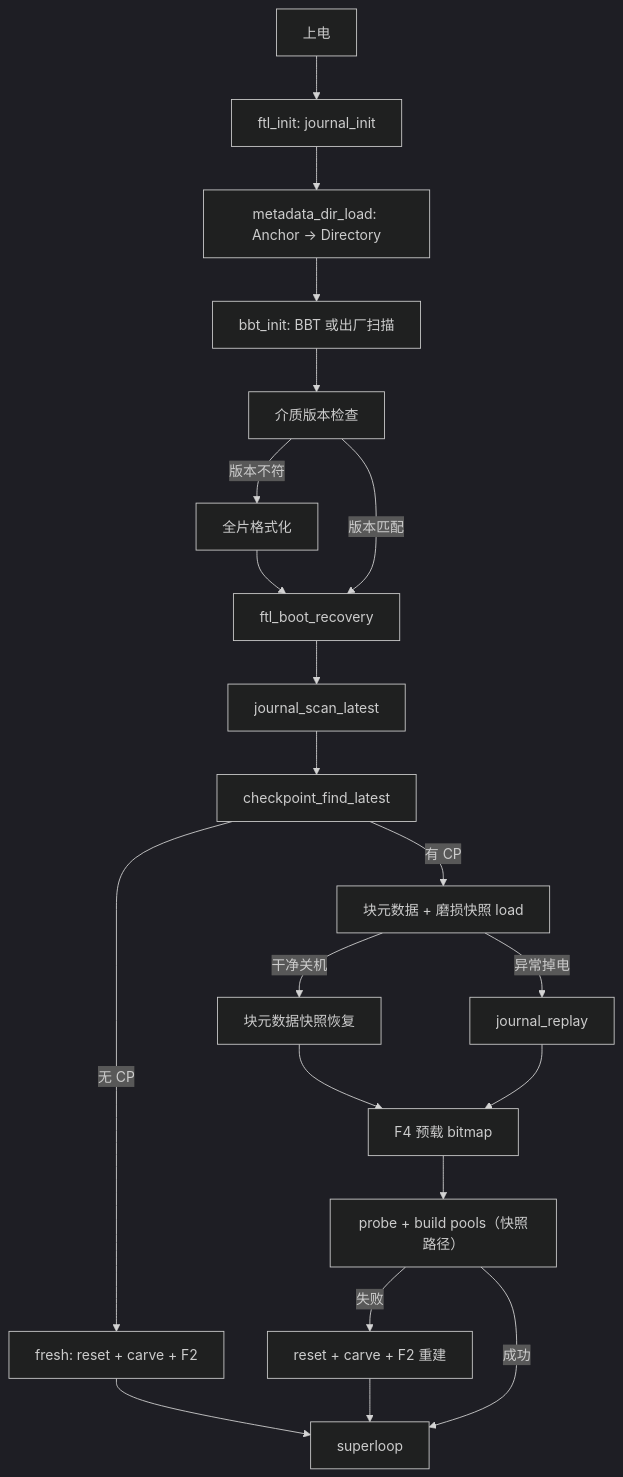
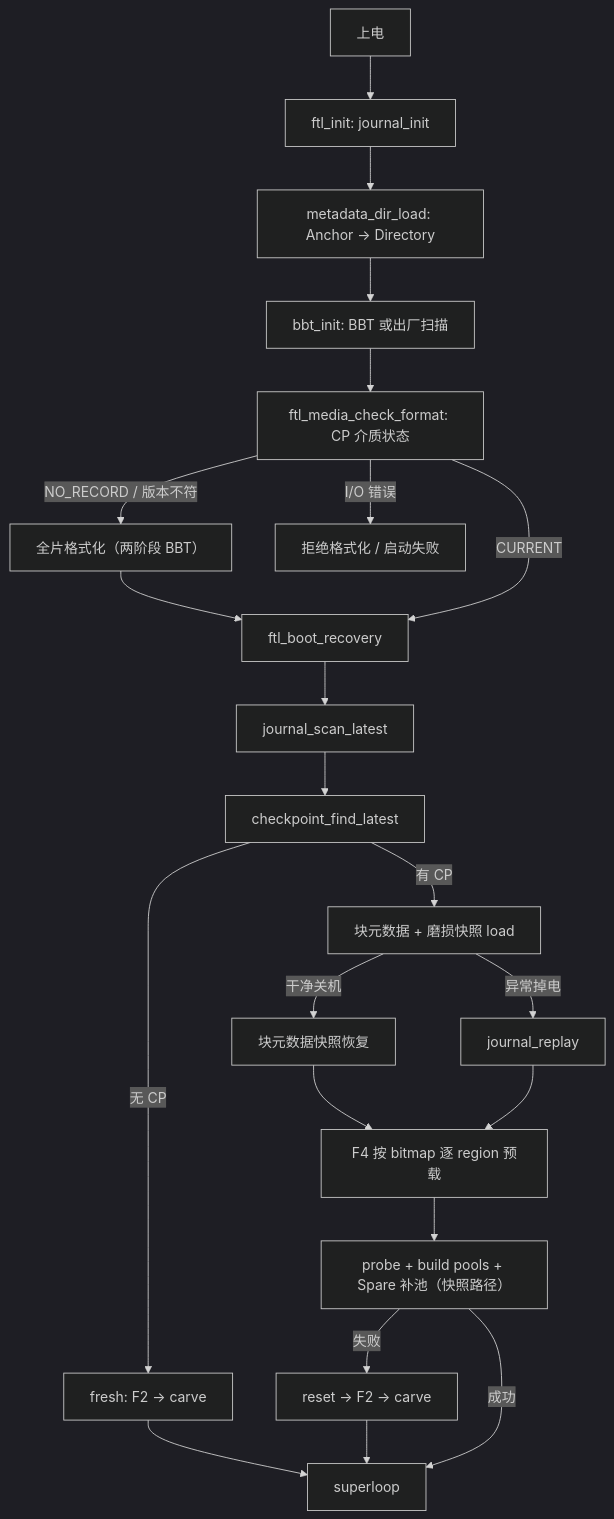
Before and after one commit to YzYMIAO/BASESSD: the third of 32 diagrams in docs/design/ftl_design.md, drawn with Mermaid (dark theme). The commit also changed other lines of this file and 17 other files, not shown here.

First line of the commit message:
fix(ftl): BBT 与掉电恢复模块审查收口

````diff
--- a/docs/design/ftl_design.md
+++ b/docs/design/ftl_design.md
@@ -832,23 +843,24 @@
 ```mermaid
 flowchart TD
     PWR["上电"] --> JI["ftl_init: journal_init"]
     JI --> MDL["metadata_dir_load: Anchor → Directory"]
     MDL --> BBTI["bbt_init: BBT 或出厂扫描"]
-    BBTI --> VER["介质版本检查"]
-    VER -- "版本不符" --> FMT["全片格式化"]
-    VER -- "版本匹配" --> BR["ftl_boot_recovery"]
+    BBTI --> VER["ftl_media_check_format: CP 介质状态"]
+    VER -- "NO_RECORD / 版本不符" --> FMT["全片格式化（两阶段 BBT）"]
+    VER -- "I/O 错误" --> HALT["拒绝格式化 / 启动失败"]
+    VER -- "CURRENT" --> BR["ftl_boot_recovery"]
     FMT --> BR
     BR --> JS["journal_scan_latest"]
     JS --> CPF["checkpoint_find_latest"]
-    CPF -- "无 CP" --> FRESH["fresh: reset + carve + F2"]
+    CPF -- "无 CP" --> FRESH["fresh: F2 → carve"]
     CPF -- "有 CP" --> LS["块元数据 + 磨损快照 load"]
     LS -- "干净关机" --> CL["块元数据快照恢复"]
     LS -- "异常掉电" --> JR["journal_replay"]
-    CL --> F4["F4 预载 bitmap"]
+    CL --> F4["F4 按 bitmap 逐 region 预载"]
     JR --> F4
-    F4 --> POOL["probe + build pools（快照路径）"]
-    POOL -- "失败" --> FB["reset + carve + F2 重建"]
+    F4 --> POOL["probe + build pools + Spare 补池（快照路径）"]
+    POOL -- "失败" --> FB["reset → F2 → carve"]
     POOL -- "成功" --> LOOP["superloop"]
     FRESH --> LOOP
     FB --> LOOP
 ```
````
